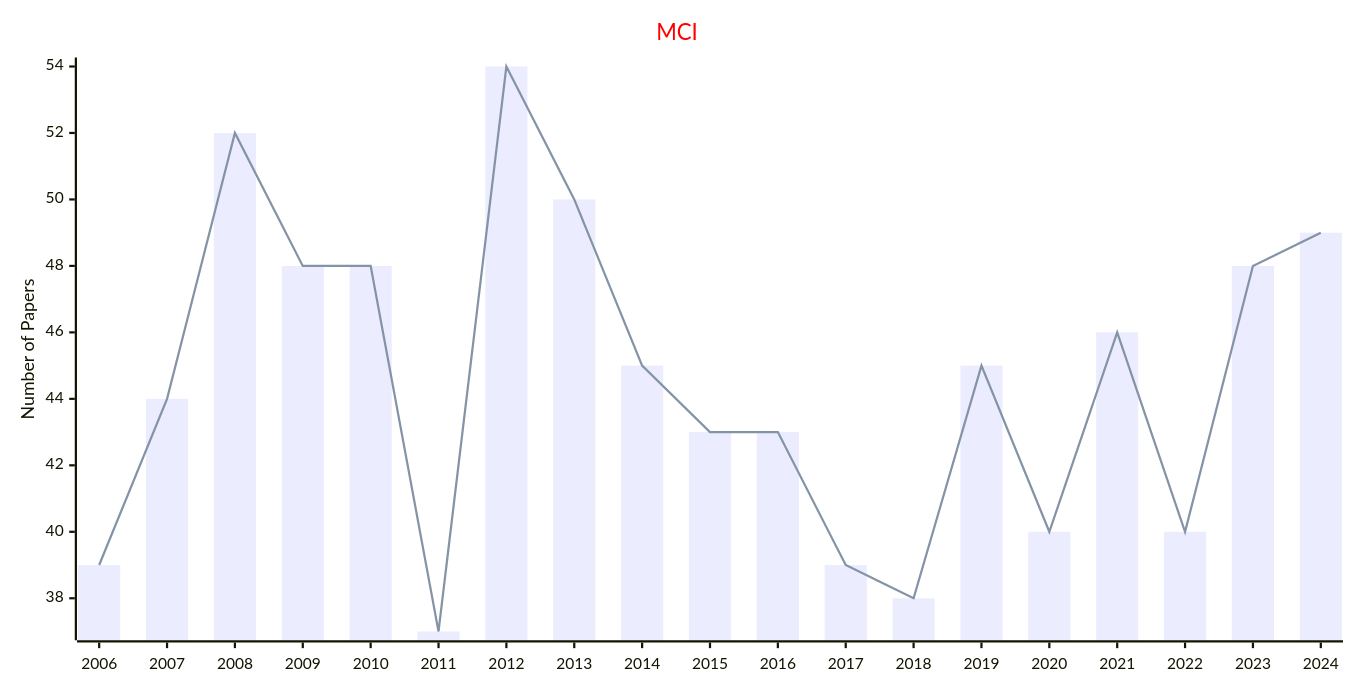
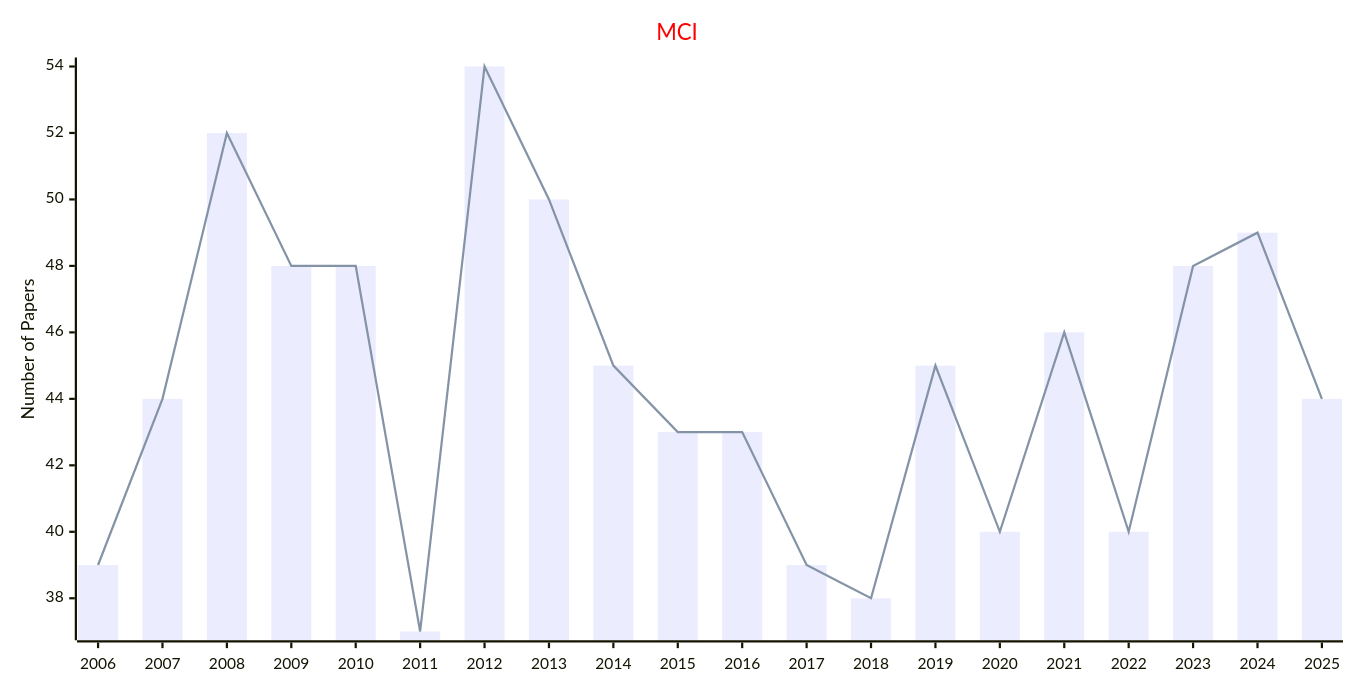
One commit to Easy-PhD/AILinks changed the first of 8 diagrams in docs/data/Journals/Statistics_Journals/Computational_Intelligence.md. Above: the diagram before and after it, drawn with Mermaid. The commit also changed other lines of this file and 107 other files, not shown here.

````diff
--- a/docs/data/Journals/Statistics_Journals/Computational_Intelligence.md
+++ b/docs/data/Journals/Statistics_Journals/Computational_Intelligence.md
@@ -9,17 +9,17 @@
 ```mermaid
 ---
 config:
     xyChart:
         width: 1200
         height: 600
     themeVariables:
         xyChart:
             titleColor: "#ff0000"
 ---
 xychart-beta
     title "MCI"
-    x-axis [2006, 2007, 2008, 2009, 2010, 2011, 2012, 2013, 2014, 2015, 2016, 2017, 2018, 2019, 2020, 2021, 2022, 2023, 2024]
+    x-axis [2006, 2007, 2008, 2009, 2010, 2011, 2012, 2013, 2014, 2015, 2016, 2017, 2018, 2019, 2020, 2021, 2022, 2023, 2024, 2025]
     y-axis "Number of Papers"
-    bar [39, 44, 52, 48, 48, 37, 54, 50, 45, 43, 43, 39, 38, 45, 40, 46, 40, 48, 49]
-    line [39, 44, 52, 48, 48, 37, 54, 50, 45, 43, 43, 39, 38, 45, 40, 46, 40, 48, 49]
+    bar [39, 44, 52, 48, 48, 37, 54, 50, 45, 43, 43, 39, 38, 45, 40, 46, 40, 48, 49, 44]
+    line [39, 44, 52, 48, 48, 37, 54, 50, 45, 43, 43, 39, 38, 45, 40, 46, 40, 48, 49, 44]
 ```
````
